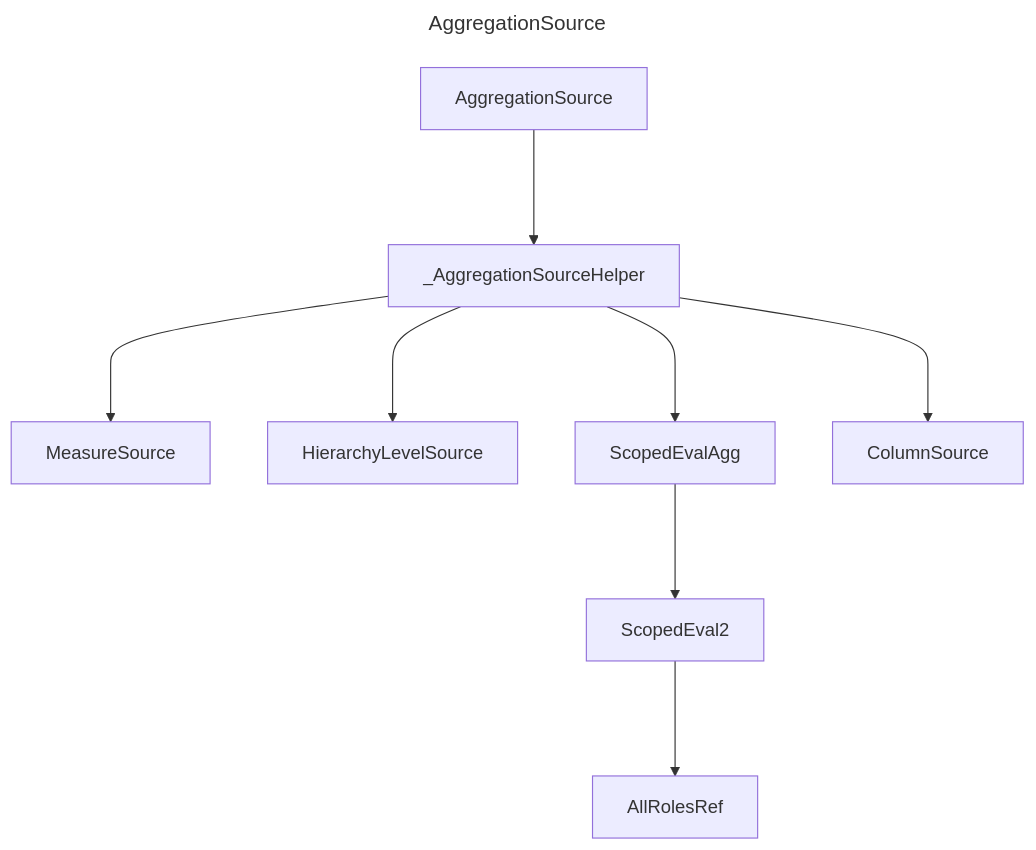
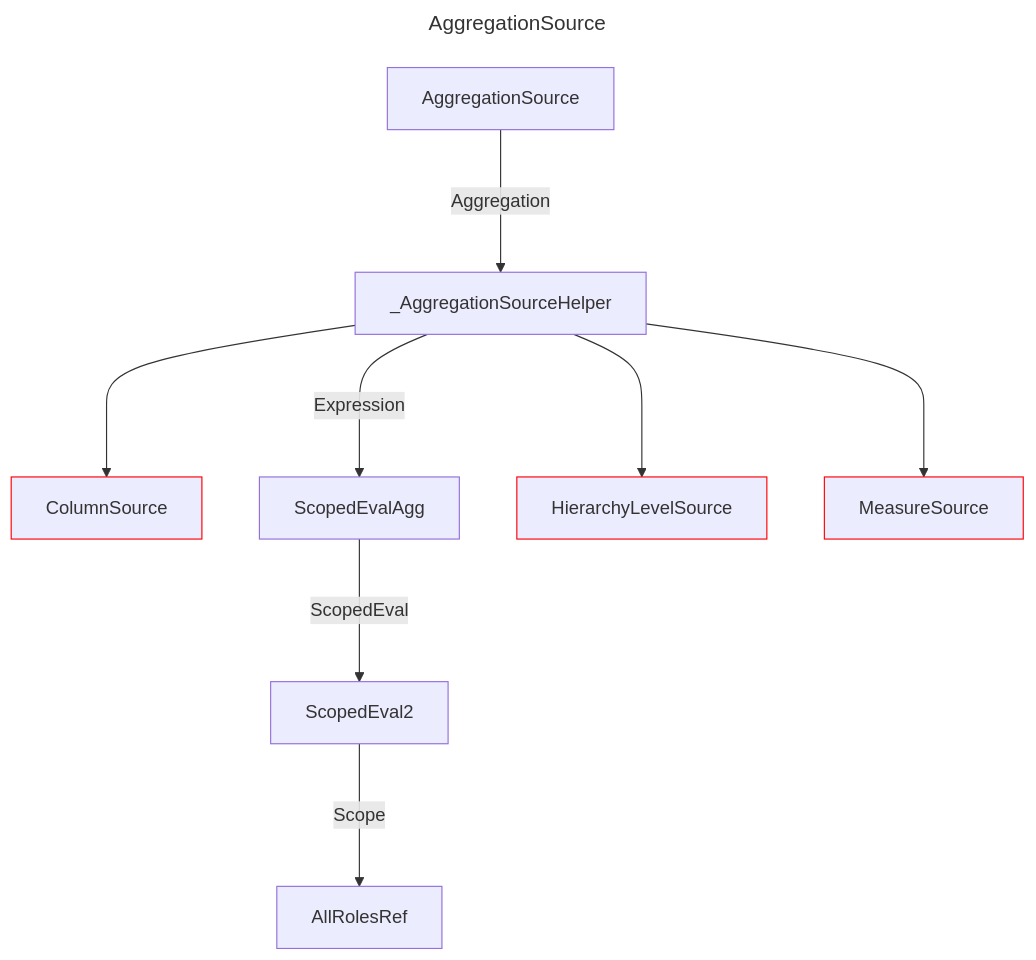
The diagram in docs/docs/layout/erd/AggregationSource.md (douglassimonsen/pbi_core), drawn with Mermaid before and after one commit. The commit also changed 77 other files, not shown here.

Commit message:
Updated to color code the layout ERD

````diff
--- a/docs/docs/layout/erd/AggregationSource.md
+++ b/docs/docs/layout/erd/AggregationSource.md
@@ -1,21 +1,24 @@
 ```mermaid
 ---
 title: AggregationSource
 ---
 graph 
-2721642018912["_AggregationSourceHelper"]
-2721642009152["MeasureSource"]
-2721642012080["HierarchyLevelSource"]
-2721642007200["ScopedEvalAgg"]
-2721642017936["ScopedEval2"]
-2721642014032["ColumnSource"]
-2721642001344["AllRolesRef"]
-2721642003296["AggregationSource"]
-2721642018912 ---> 2721642014032
-2721642018912 ---> 2721642009152
-2721642018912 ---> 2721642012080
-2721642003296 ---> 2721642018912
-2721642018912 ---> 2721642007200
-2721642017936 ---> 2721642001344
-2721642007200 ---> 2721642017936
+2430071365824["ColumnSource"]
+style 2430071365824 stroke:#ff0000,stroke-width:1px
+2430071371680["ScopedEvalAgg"]
+2430071362896["AllRolesRef"]
+2430071357040["_AggregationSourceHelper"]
+2430071358016["AggregationSource"]
+2430071363872["HierarchyLevelSource"]
+style 2430071363872 stroke:#ff0000,stroke-width:1px
+2430071369728["ScopedEval2"]
+2430071359968["MeasureSource"]
+style 2430071359968 stroke:#ff0000,stroke-width:1px
+2430071357040 ---> 2430071359968
+2430071371680 --->|ScopedEval| 2430071369728
+2430071358016 --->|Aggregation| 2430071357040
+2430071357040 ---> 2430071365824
+2430071357040 --->|Expression| 2430071371680
+2430071357040 ---> 2430071363872
+2430071369728 --->|Scope| 2430071362896
 ```
````
